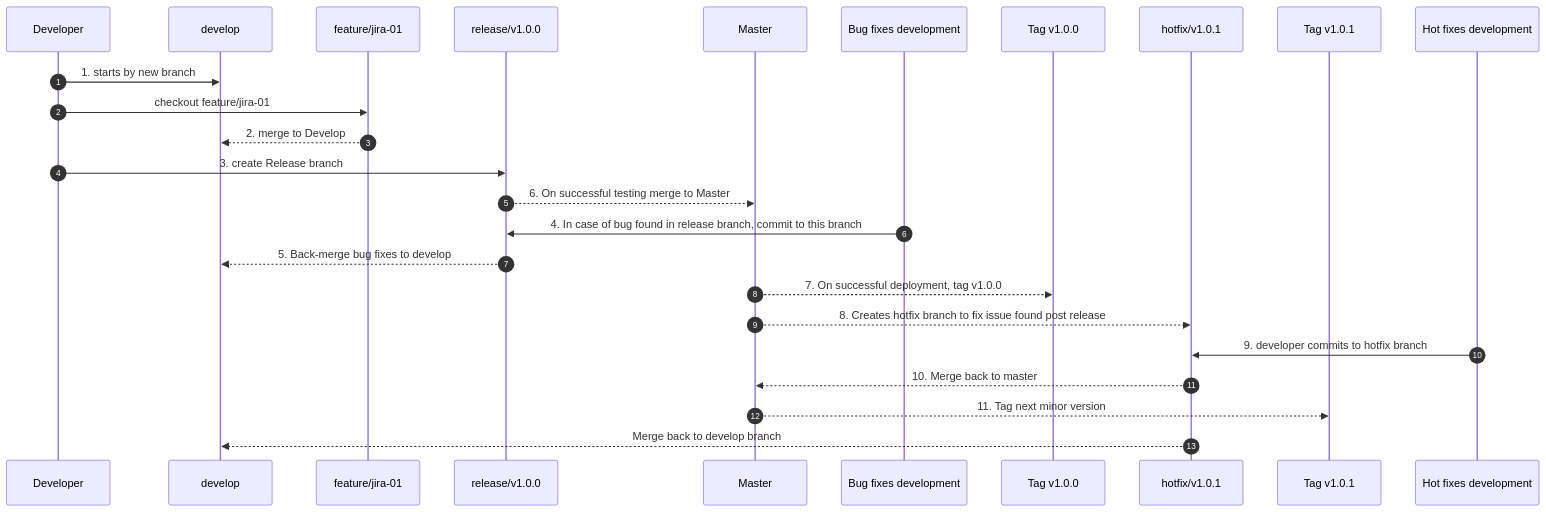
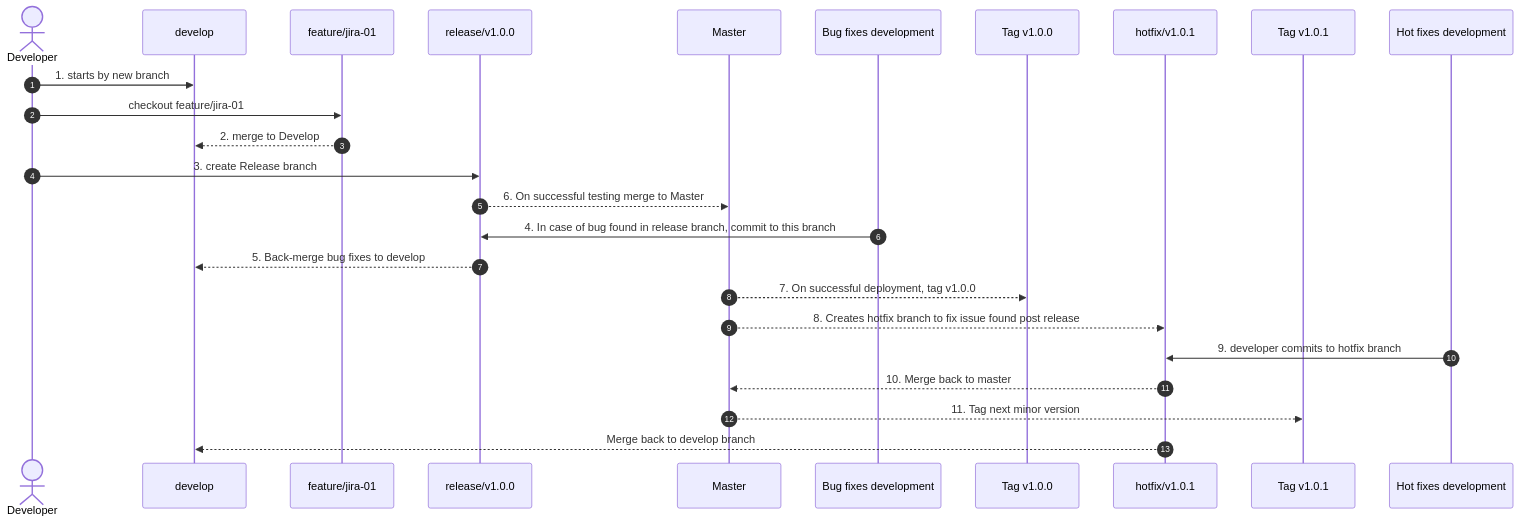
Before and after one commit to karthikeyan-manivasagam/gitflow-flowchart-mermaid: the diagram in sequence.mermaid, drawn with Mermaid.

```diff
--- a/sequence.mermaid
+++ b/sequence.mermaid
@@ -1,27 +1,27 @@
 sequenceDiagram
     autonumber
 
-    participant Dev as Developer
+    actor Dev as Developer
     participant B as develop
     participant A as feature/jira-01
     participant C as release/v1.0.0
     participant D as Master
     participant E as Bug fixes development
     participant G as Tag v1.0.0
     participant H as hotfix/v1.0.1
     participant K as Tag v1.0.1
     participant L as Hot fixes development
 
     Dev->>B: 1. starts by new branch
     Dev->>A: checkout feature/jira-01
     A-->>B: 2. merge to Develop
     Dev->>C: 3. create Release branch
     C-->>D: 6. On successful testing merge to Master
     E->>C: 4. In case of bug found in release branch, commit to this branch
     C-->>B: 5. Back-merge bug fixes to develop
     D-->>G: 7. On successful deployment, tag v1.0.0
     D-->>H: 8. Creates hotfix branch to fix issue found post release
     L->>H: 9. developer commits to hotfix branch
     H-->>D: 10. Merge back to master
     D-->>K: 11. Tag next minor version
     H-->>B: Merge back to develop branch
```
